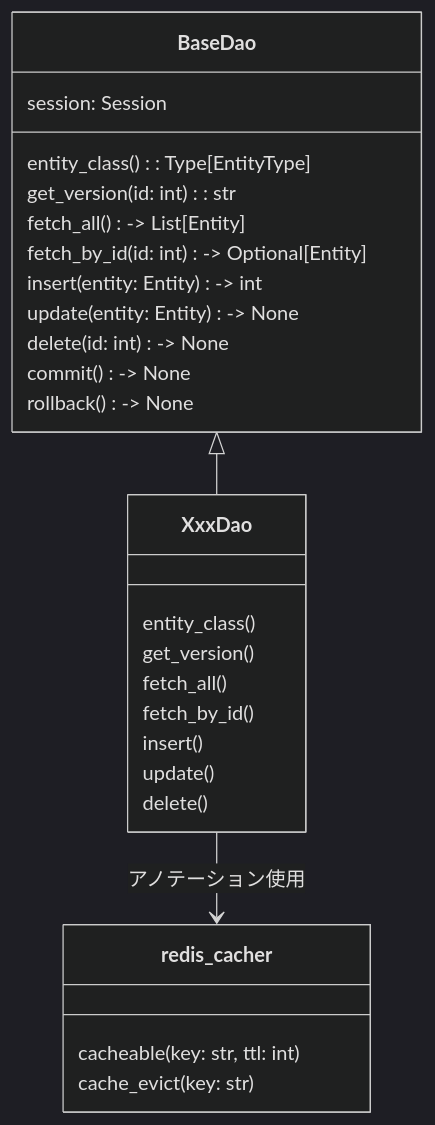
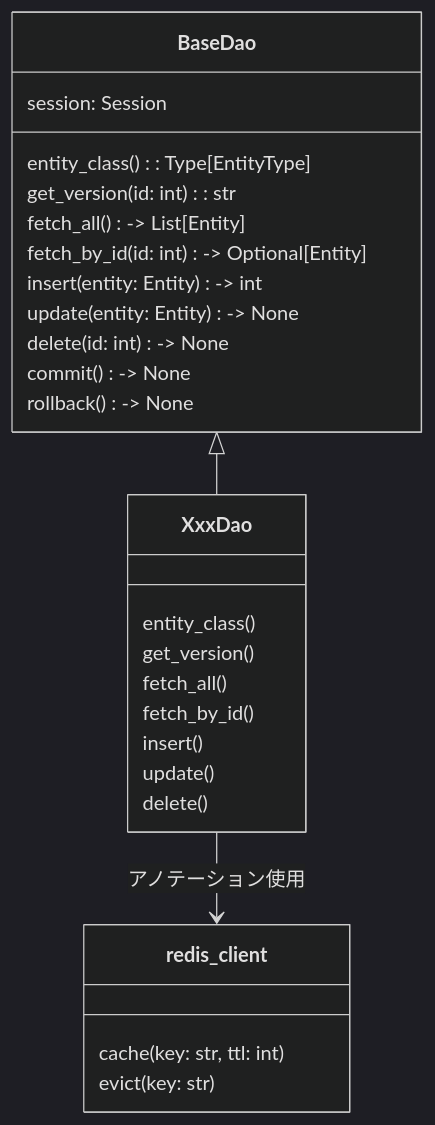
The diagram in docs/ja/api/dao.md (shuhei1101/allowance-questboard), drawn with Mermaid (dark theme) before and after one commit. The commit also changed other lines of this file and 98 other files, not shown here.

````diff
--- a/docs/ja/api/dao.md
+++ b/docs/ja/api/dao.md
@@ -10,34 +10,34 @@
 ```mermaid
 classDiagram
-    class redis_cacher {
-      cacheable(key: str, ttl: int)
-      cache_evict(key: str)
+    class redis_client {
+      cache(key: str, ttl: int)
+      evict(key: str)
     }
 
     class BaseDao {
       session: Session
       entity_class(): Type[EntityType]
 
       get_version(id: int): str
       fetch_all() -> List[Entity]
       fetch_by_id(id: int) -> Optional[Entity]
       insert(entity: Entity) -> int
       update(entity: Entity) -> None
       delete(id: int) -> None
       commit() -> None
       rollback() -> None
     }
 
     class XxxDao {
       entity_class()
       get_version()
       fetch_all()
       fetch_by_id()
       insert()
       update()
       delete()
     }
 
     BaseDao <|-- XxxDao
-    XxxDao --> redis_cacher : アノテーション使用
+    XxxDao --> redis_client : アノテーション使用
 ```
````
